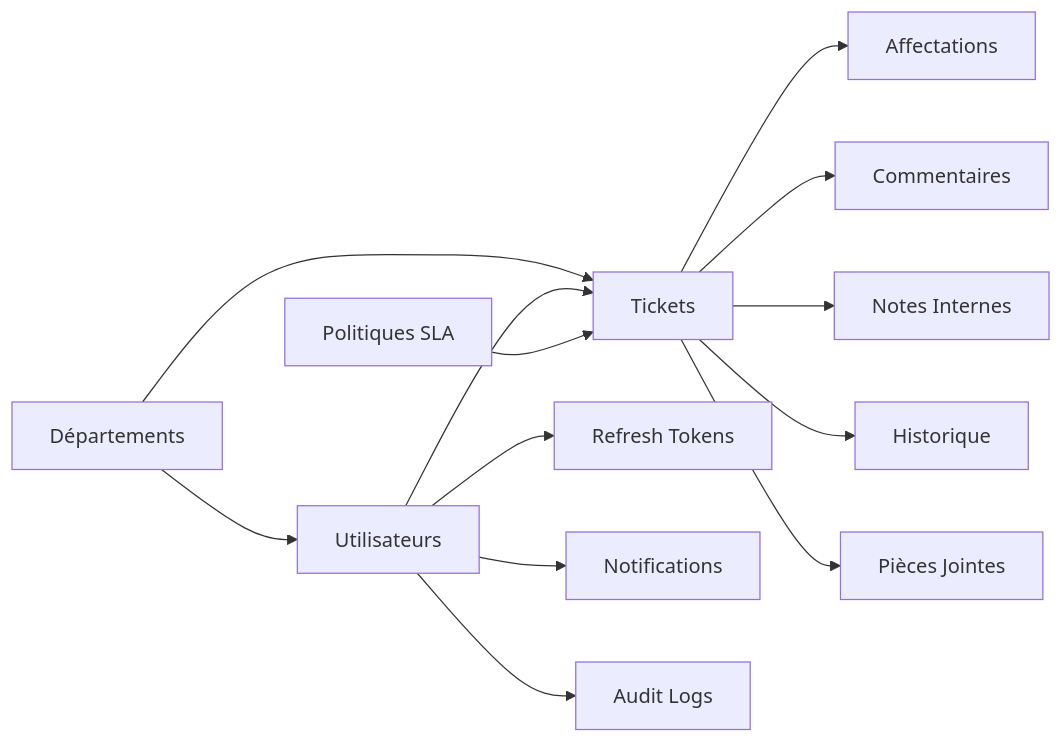
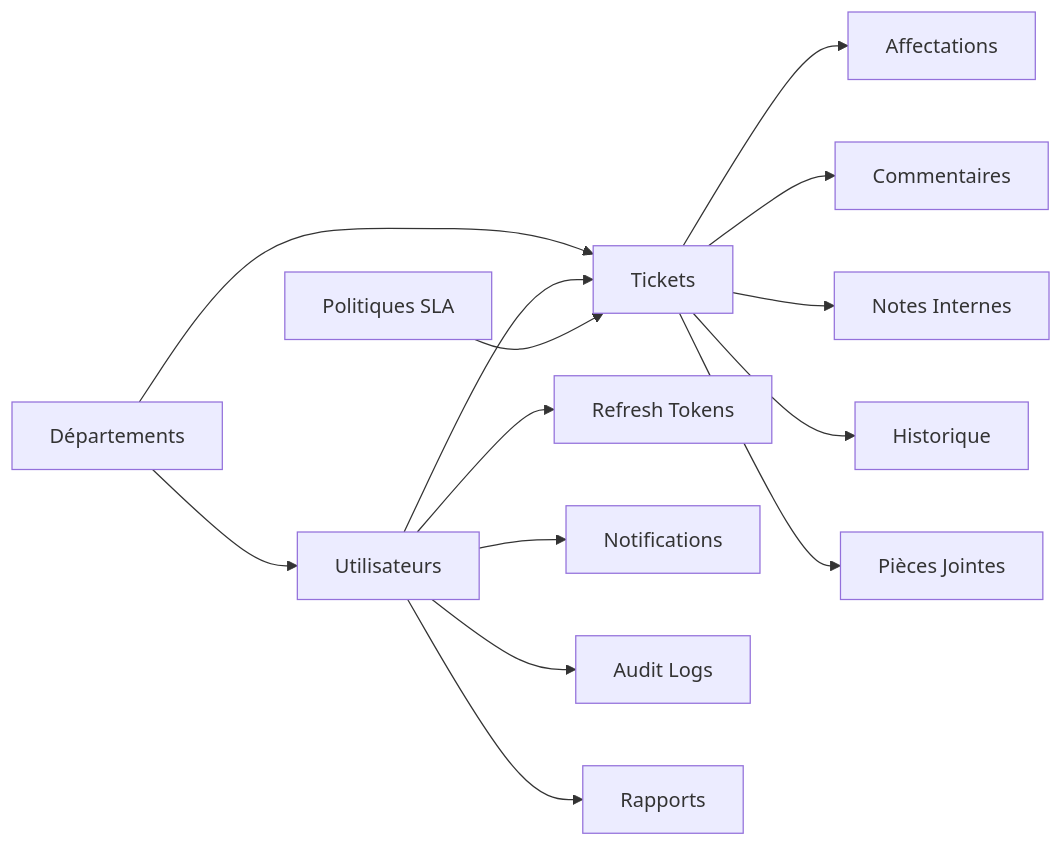
One commit to enockmigjr/Test-Backend-Telecom changed the diagram in README.md. Above: the diagram before and after it, drawn with Mermaid. The commit also changed other lines of this file and 6 other files, not shown here.

Commit message:
docs(reports): documenter la route et le cron du rapport hebdomadaire dans l API et l architecture

````diff
--- a/README.md
+++ b/README.md
@@ -83,15 +83,16 @@
 ```mermaid
 flowchart LR
     D[Départements] --> U[Utilisateurs]
     D --> T[Tickets]
     U --> T
     T --> TA[Affectations]
     T --> TC[Commentaires]
     T --> TN[Notes Internes]
     T --> TH[Historique]
     T --> AT[Pièces Jointes]
     U --> RT[Refresh Tokens]
     U --> NT[Notifications]
     U --> AL[Audit Logs]
+    U --> RP[Rapports]
     SLA[Politiques SLA] --> T
 ```
````
